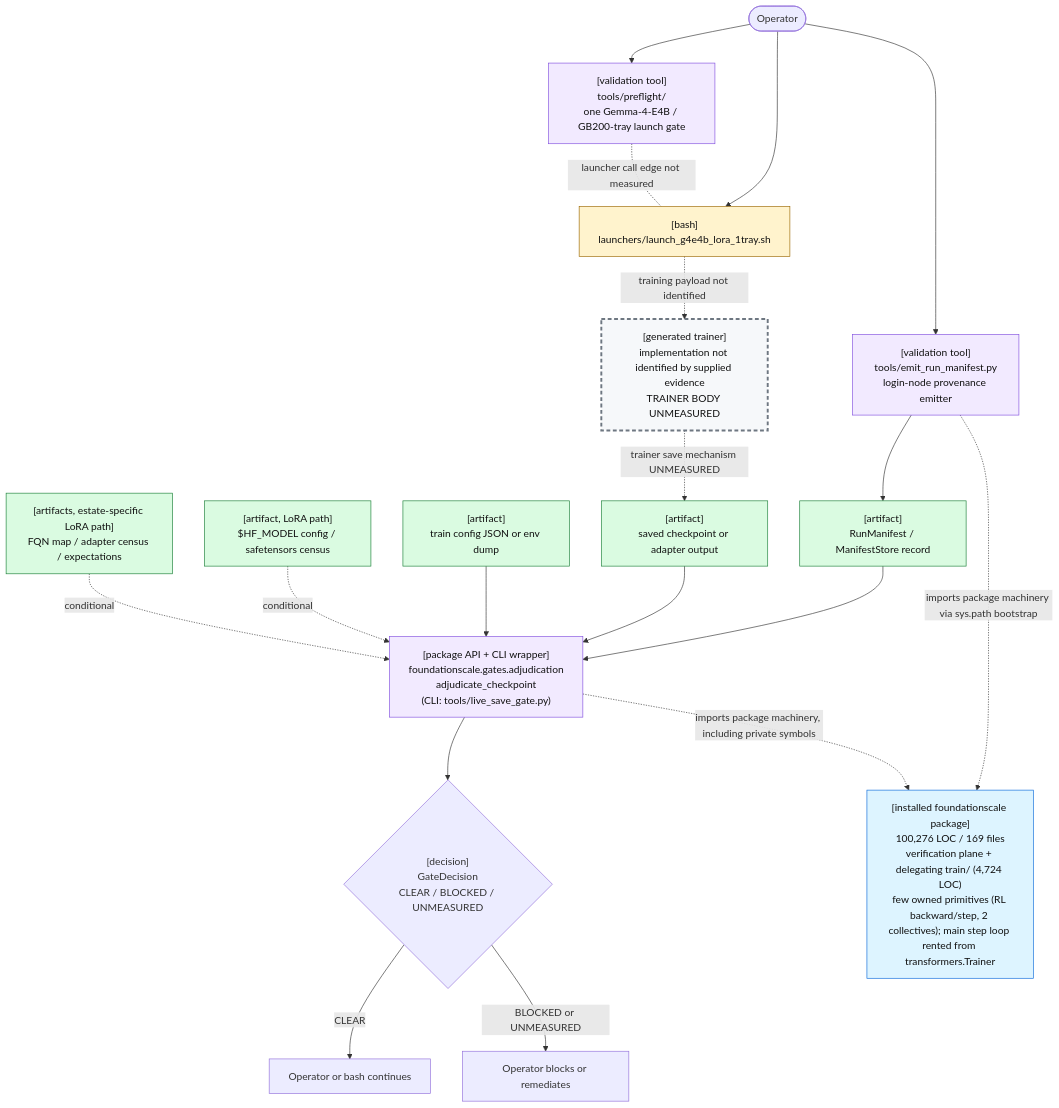
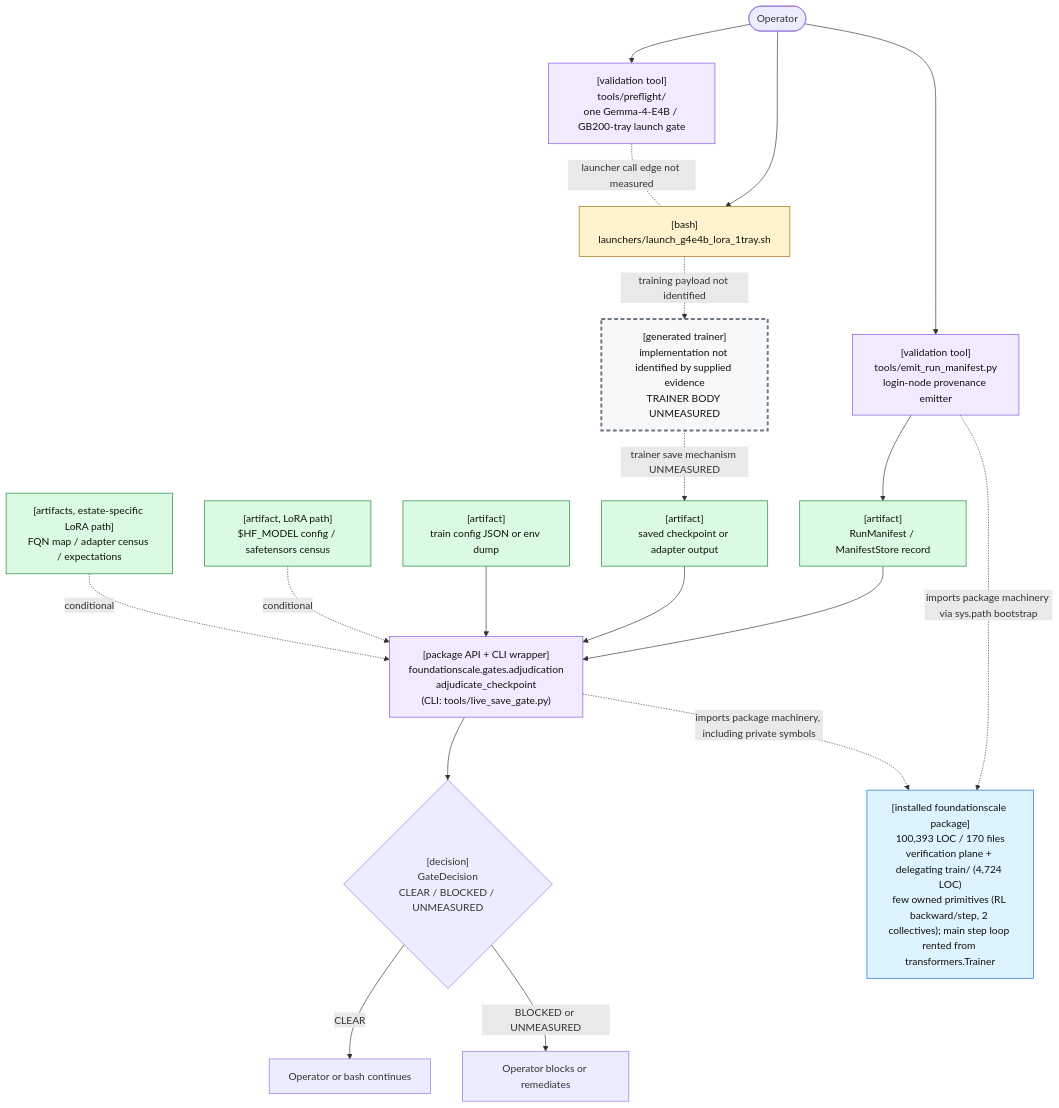
The first of 2 diagrams in docs/review/D2_current_architecture.md (TranNhiem/FoundationScale), drawn with Mermaid before and after one commit. The commit also changed other lines of this file and 10 other files, not shown here.

````diff
--- a/docs/review/D2_current_architecture.md
+++ b/docs/review/D2_current_architecture.md
@@ -25,59 +25,59 @@
 ```mermaid
 flowchart TB
   O(["Operator"])
 
   PF["[validation tool]<br/>tools/preflight/<br/>one Gemma-4-E4B / GB200-tray launch gate"]
   L["[bash]<br/>launchers/launch_g4e4b_lora_1tray.sh"]
 
   E["[validation tool]<br/>tools/emit_run_manifest.py<br/>login-node provenance emitter"]
   M["[artifact]<br/>RunManifest / ManifestStore record"]
 
   T["[generated trainer]<br/>implementation not identified by supplied evidence<br/>TRAINER BODY UNMEASURED"]
   C["[artifact]<br/>saved checkpoint or adapter output"]
 
   G["[package API + CLI wrapper]<br/>foundationscale.gates.adjudication<br/>adjudicate_checkpoint<br/>(CLI: tools/live_save_gate.py)"]
   CFG["[artifact]<br/>train config JSON or env dump"]
   BASE["[artifact, LoRA path]<br/>$HF_MODEL config / safetensors census"]
   CEN["[artifacts, estate-specific LoRA path]<br/>FQN map / adapter census / expectations"]
 
   D{"[decision]<br/>GateDecision<br/>CLEAR / BLOCKED / UNMEASURED"}
   OK["Operator or bash continues"]
   NO["Operator blocks or remediates"]
 
-  PKG["[installed foundationscale package]<br/>100,276 LOC / 169 files<br/>verification plane + delegating train/ (4,724 LOC)<br/>few owned primitives (RL backward/step, 2 collectives); main step loop rented from transformers.Trainer"]
+  PKG["[installed foundationscale package]<br/>100,393 LOC / 170 files<br/>verification plane + delegating train/ (4,724 LOC)<br/>few owned primitives (RL backward/step, 2 collectives); main step loop rented from transformers.Trainer"]
 
   O --> PF
   O --> L
   PF -. "launcher call edge not measured" .- L
 
   O --> E
   E --> M
 
   L -. "training payload not identified" .-> T
   T -. "trainer save mechanism UNMEASURED" .-> C
 
   M --> G
   C --> G
   CFG --> G
   BASE -. "conditional" .-> G
   CEN -. "conditional" .-> G
 
   E -. "imports package machinery via sys.path bootstrap" .-> PKG
   G -. "imports package machinery, including private symbols" .-> PKG
 
   G --> D
   D -->|"CLEAR"| OK
   D -->|"BLOCKED or UNMEASURED"| NO
 
   classDef bash fill:#fff3cd,stroke:#9a6700,color:#111;
   classDef tool fill:#f2eaff,stroke:#8250df,color:#111;
   classDef artifact fill:#dafbe1,stroke:#1a7f37,color:#111;
   classDef gap fill:#f6f8fa,stroke:#6e7781,stroke-width:3px,stroke-dasharray: 6 4,color:#111;
   classDef pkg fill:#ddf4ff,stroke:#0969da,color:#111;
 
   class L bash;
   class PF,E,G tool;
   class M,C,CFG,BASE,CEN artifact;
   class T gap;
   class PKG pkg;
 ```
````
